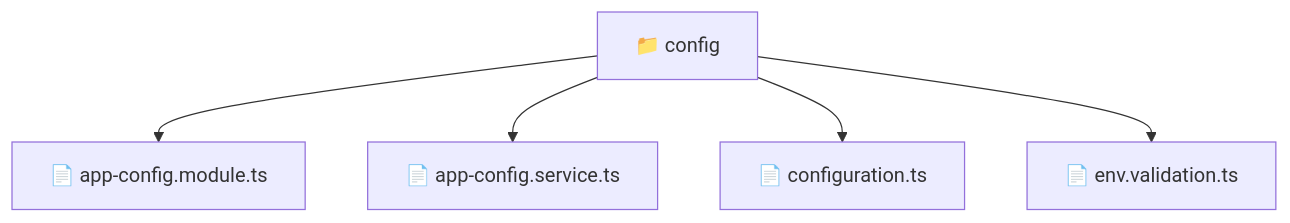
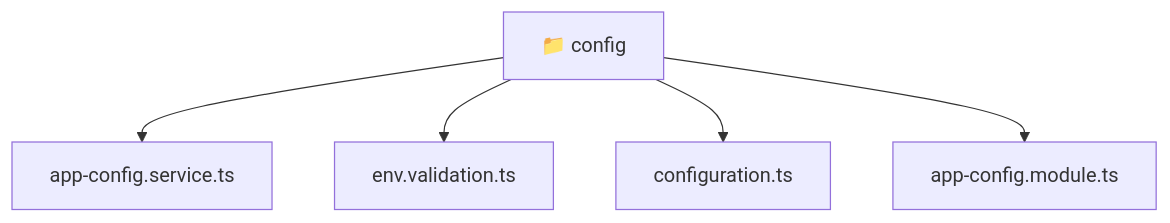
The diagram in backend/src/common/config/README.md (beginwebdev2002/fullstack-mavluda), drawn with Mermaid before and after one commit. The commit also changed other lines of this file and 167 other files, not shown here.

````diff
--- a/backend/src/common/config/README.md
+++ b/backend/src/common/config/README.md
@@ -9,8 +9,12 @@
 ```mermaid
 graph TD
-  Root["📁 config"]
-  Root --> app_config_module_ts["📄 app-config.module.ts"]
-  Root --> app_config_service_ts["📄 app-config.service.ts"]
-  Root --> configuration_ts["📄 configuration.ts"]
-  Root --> env_validation_ts["📄 env.validation.ts"]
+  Root_config["📁 config"]
+  f_app_config_service_ts["app-config.service.ts"]
+  Root_config --> f_app_config_service_ts
+  f_env_validation_ts["env.validation.ts"]
+  Root_config --> f_env_validation_ts
+  f_configuration_ts["configuration.ts"]
+  Root_config --> f_configuration_ts
+  f_app_config_module_ts["app-config.module.ts"]
+  Root_config --> f_app_config_module_ts
 ```
````
